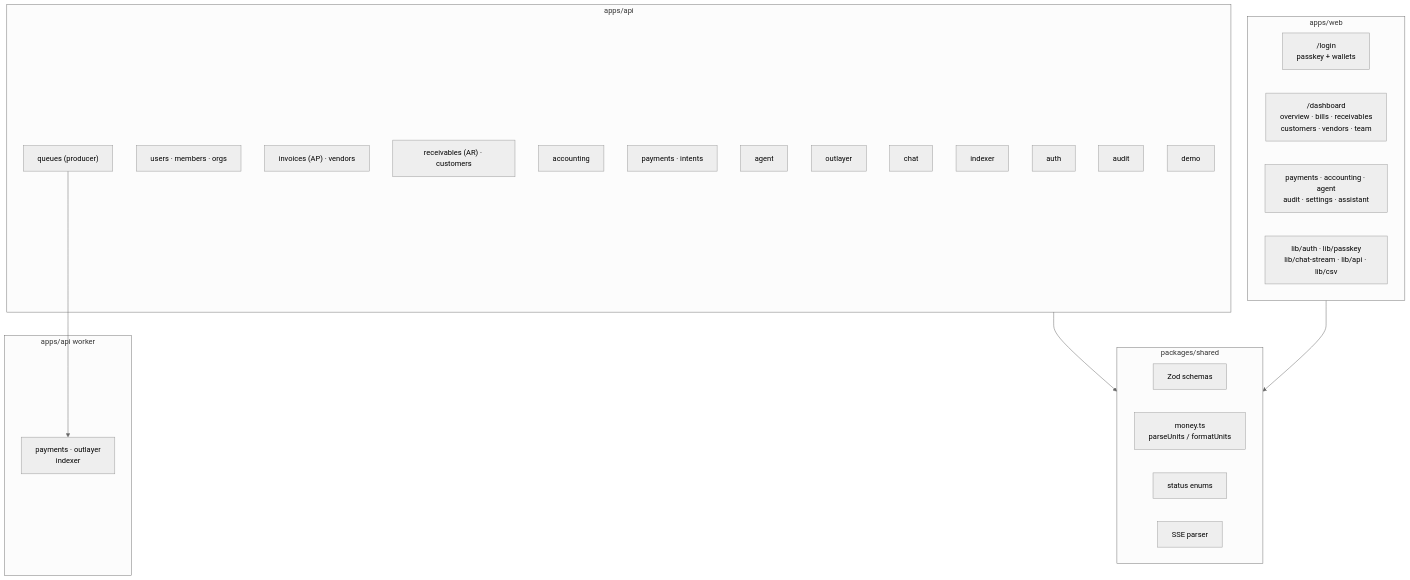
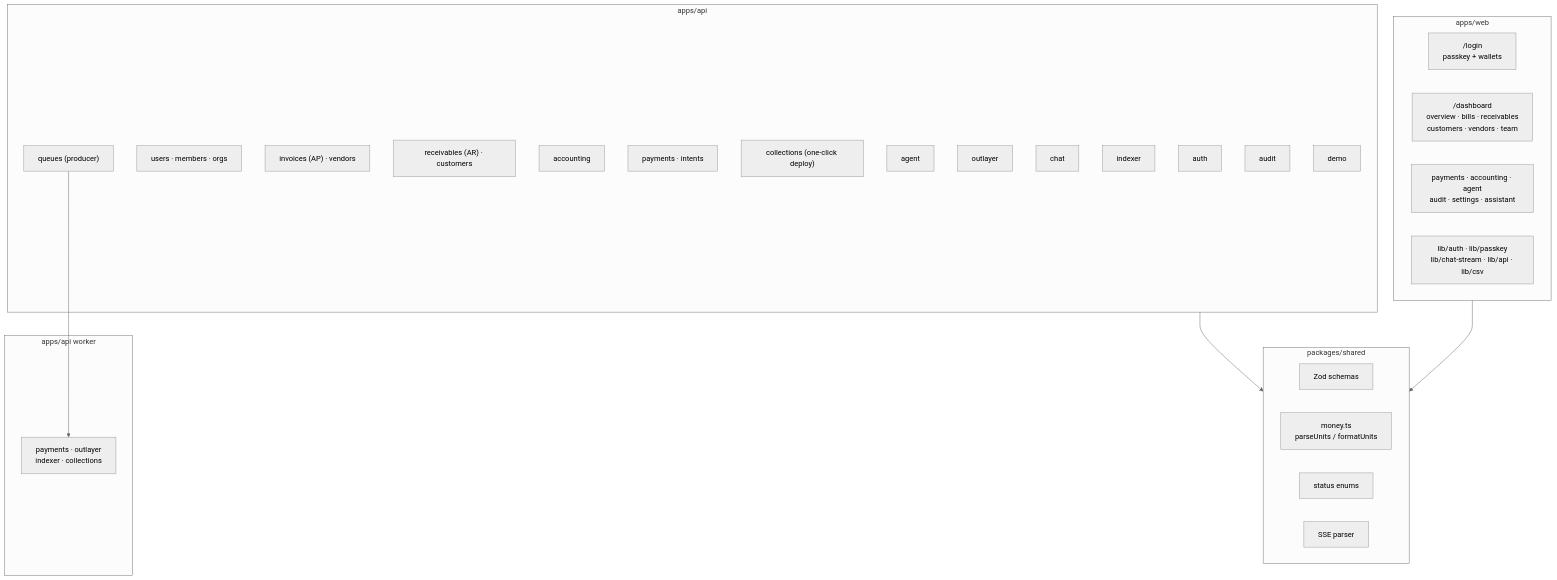
The second of 18 diagrams in docs/architecture.md (cryingraven/keiz-platform), drawn with Mermaid (neutral theme) before and after one commit. The commit also changed other lines of this file and 67 other files, not shown here.

````diff
--- a/docs/architecture.md
+++ b/docs/architecture.md
@@ -95,40 +95,41 @@
 ```mermaid
 flowchart TB
   subgraph Web["apps/web"]
     Login["/login<br/>passkey + wallets"]
     Dash["/dashboard<br/>overview · bills · receivables<br/>customers · vendors · team"]
     Ops["payments · accounting · agent<br/>audit · settings · assistant"]
     Lib["lib/auth · lib/passkey<br/>lib/chat-stream · lib/api · lib/csv"]
   end
 
   subgraph Shared["packages/shared"]
     Schemas["Zod schemas"]
     Money["money.ts<br/>parseUnits / formatUnits"]
     Status["status enums"]
     SSE["SSE parser"]
   end
 
   subgraph Api["apps/api"]
     Auth["auth"]
     Users["users · members · orgs"]
     Inv["invoices (AP) · vendors"]
     AR["receivables (AR) · customers"]
     Books["accounting"]
     Payments["payments · intents"]
+    Collections["collections (one-click deploy)"]
     Agent["agent"]
     Outlayer["outlayer"]
     Chat["chat"]
     Indexer["indexer"]
     Queues["queues (producer)"]
     Audit["audit"]
     Demo["demo"]
   end
 
   subgraph Worker["apps/api worker"]
-    Jobs["payments · outlayer<br/>indexer"]
+    Jobs["payments · outlayer<br/>indexer · collections"]
   end
 
   Web --> Shared
   Api --> Shared
   Queues --> Jobs
 ```
````
